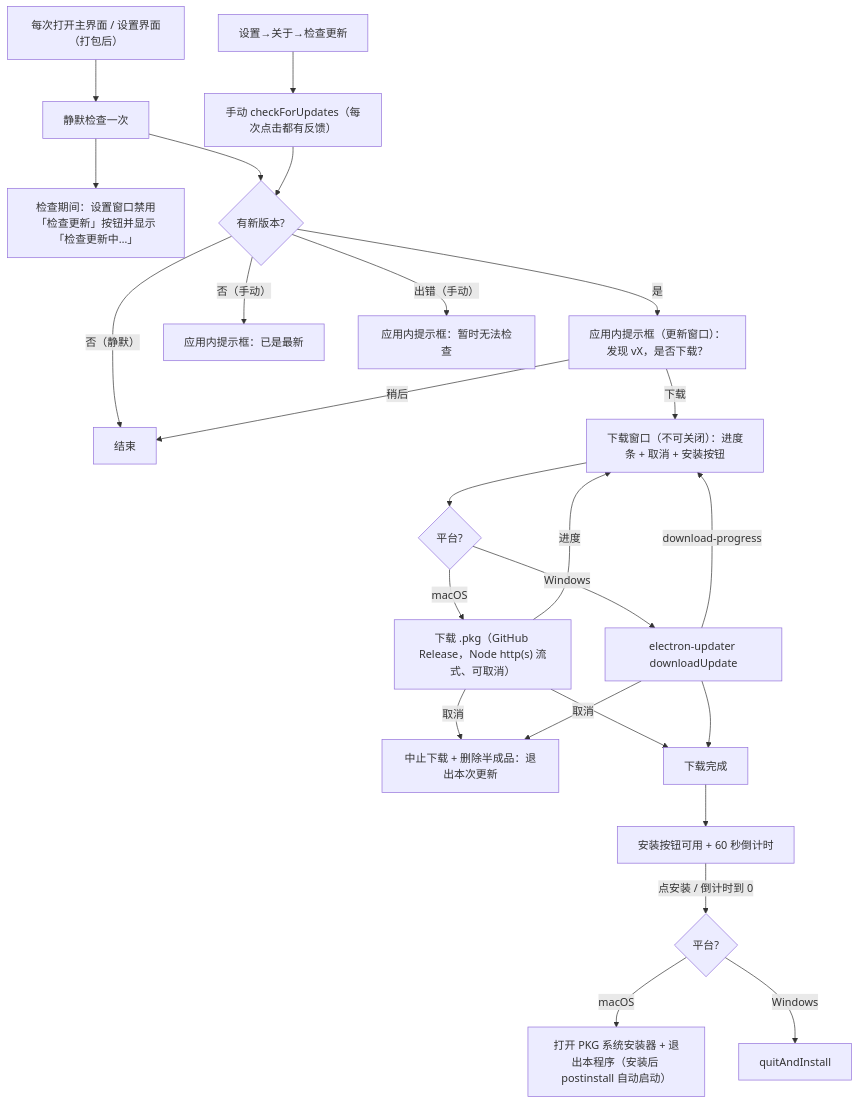
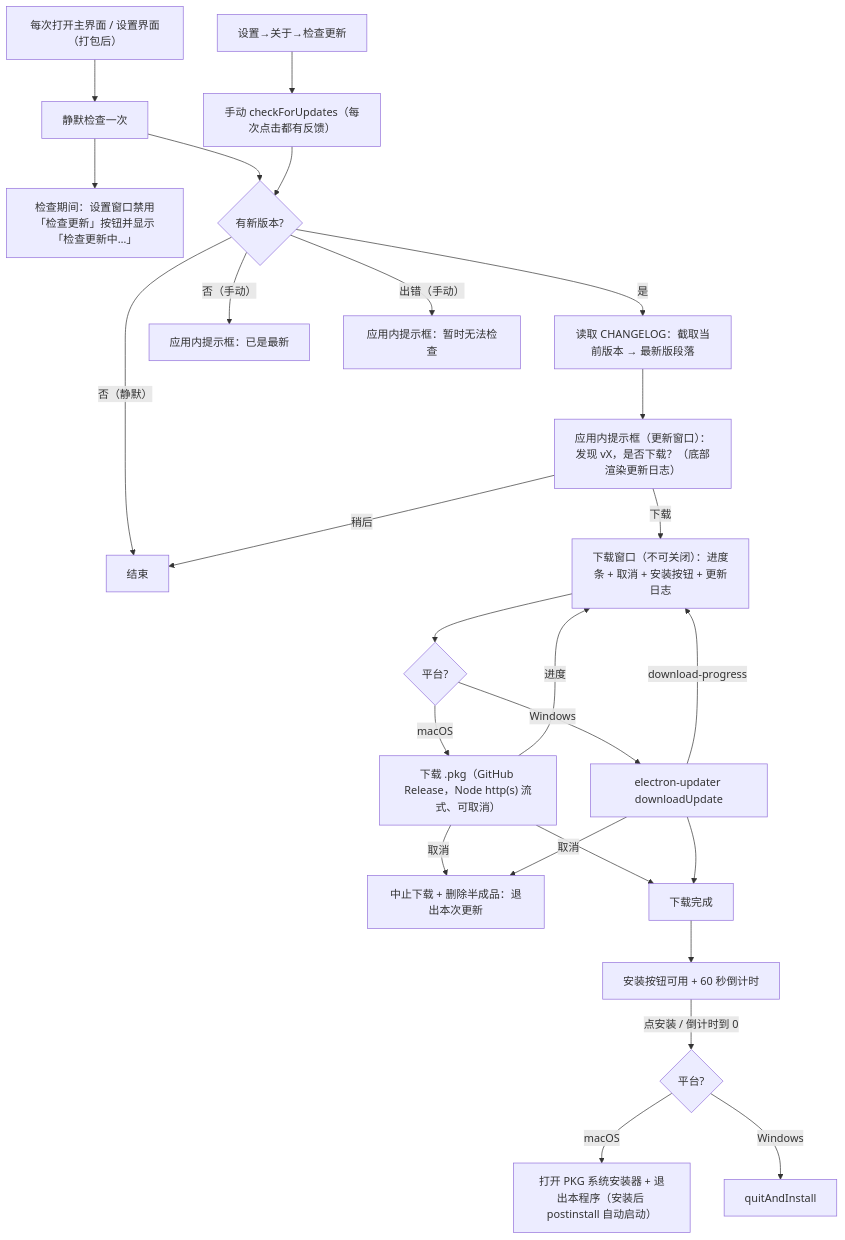
One commit to o8x/vessel changed the sixth of 6 diagrams in docs/prd/06-flowcharts.md. Above: the diagram before and after it, drawn with Mermaid. The commit also changed 19 other files, not shown here.

````diff
--- a/docs/prd/06-flowcharts.md
+++ b/docs/prd/06-flowcharts.md
@@ -105,27 +105,28 @@
 ```mermaid
 flowchart TD
   A["每次打开主界面 / 设置界面（打包后）"] --> B["静默检查一次"]
   B --> B2["检查期间：设置窗口禁用「检查更新」按钮并显示「检查更新中…」"]
   J[设置→关于→检查更新] --> K["手动 checkForUpdates（每次点击都有反馈）"]
   B --> C{有新版本?}
   K --> C
-  C -- 是 --> D["应用内提示框（更新窗口）：发现 vX，是否下载？"]
+  C -- 是 --> R["读取 CHANGELOG：截取当前版本 → 最新版段落"]
+  R --> D["应用内提示框（更新窗口）：发现 vX，是否下载？（底部渲染更新日志）"]
   C -- 否（手动） --> N[应用内提示框：已是最新]
   C -- 否（静默） --> Z[结束]
   C -- 出错（手动） --> E[应用内提示框：暂时无法检查]
   D -- 稍后 --> Z
-  D -- 下载 --> W["下载窗口（不可关闭）：进度条 + 取消 + 安装按钮"]
+  D -- 下载 --> W["下载窗口（不可关闭）：进度条 + 取消 + 安装按钮 + 更新日志"]
   W --> F{平台?}
   F -- "macOS" --> F1["下载 .pkg（GitHub Release，Node http(s) 流式、可取消）"]
   F -- "Windows" --> F2["electron-updater downloadUpdate"]
   F1 -- 进度 --> W
   F2 -- download-progress --> W
   F1 -- 取消 --> X[中止下载 + 删除半成品：退出本次更新]
   F2 -- 取消 --> X
   F1 --> G[下载完成]
   F2 --> G
   G --> H["安装按钮可用 + 60 秒倒计时"]
   H -- "点安装 / 倒计时到 0" --> I{平台?}
   I -- "macOS" --> I1["打开 PKG 系统安装器 + 退出本程序（安装后 postinstall 自动启动）"]
   I -- "Windows" --> I2[quitAndInstall]
 ```
````
